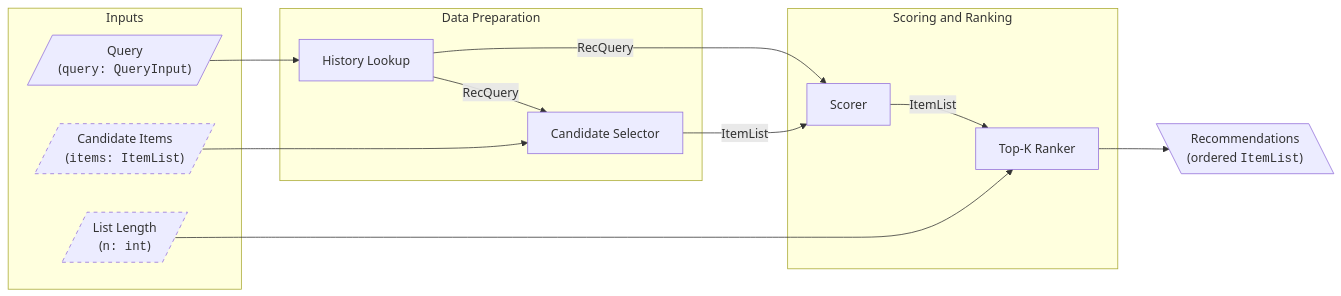
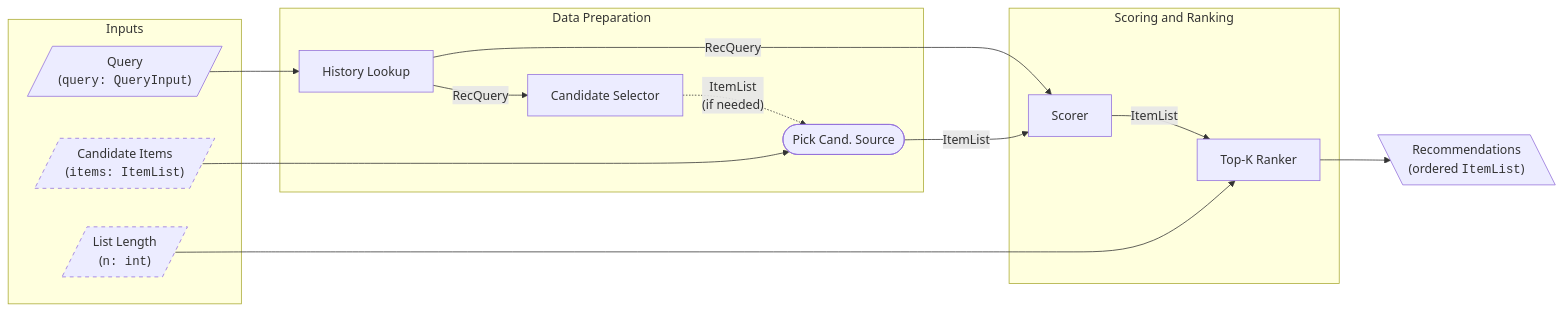
One commit to lenskit/lkpy changed the diagram in docs/guide/std-topn-pipeline.mmd. Above: the diagram before and after it, drawn with Mermaid. The commit also changed 4 other files, not shown here.

Commit message:
clean up figure display

```diff
--- a/docs/guide/std-topn-pipeline.mmd
+++ b/docs/guide/std-topn-pipeline.mmd
@@ -1,33 +1,39 @@
+---
+config:
+    fontFamily: '"Source Sans 3", Verdana, Helvetica, Arial, sans-serif'
+---
 flowchart LR
     subgraph input["Inputs"]
     QUERY[/"Query<br>(<tt>query: QueryInput</tt>)"/]
     ITEMS[/"Candidate Items<br>(<tt>items: ItemList</tt>)"/]
     N[/"List Length<br>(<tt>n: int</tt>)"/]
     class ITEMS optional;
     class N optional;
     end
 
     subgraph prep["Data Preparation"]
     HLOOK["History Lookup"]
     CSEL["Candidate Selector"]
+    CPICK(["Pick Cand. Source"])
     end
 
     subgraph rank["Scoring and Ranking"]
     SCORE["Scorer"]
     RANK["Top-K Ranker"]
     end
 
     RESULT[\"Recommendations<br>(ordered <tt>ItemList</tt>)"\]
 
     QUERY --> HLOOK
     HLOOK -- RecQuery --> CSEL
-    ITEMS --> CSEL
+    CSEL -.->|"ItemList<br>(if needed)"| CPICK
+    ITEMS --> CPICK
 
     HLOOK -- RecQuery --> SCORE
-    CSEL -- ItemList --> SCORE
+    CPICK -- ItemList --> SCORE
     SCORE -- ItemList --> RANK
     N --> RANK
 
     RANK --> RESULT
 
     classDef optional stroke-dasharray: 5 5;
```
